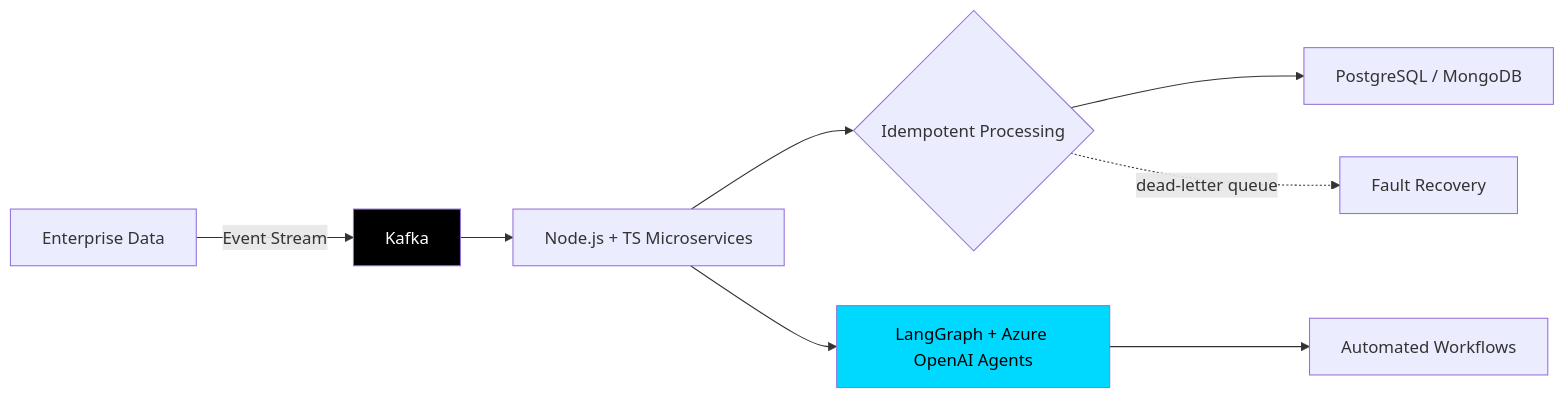
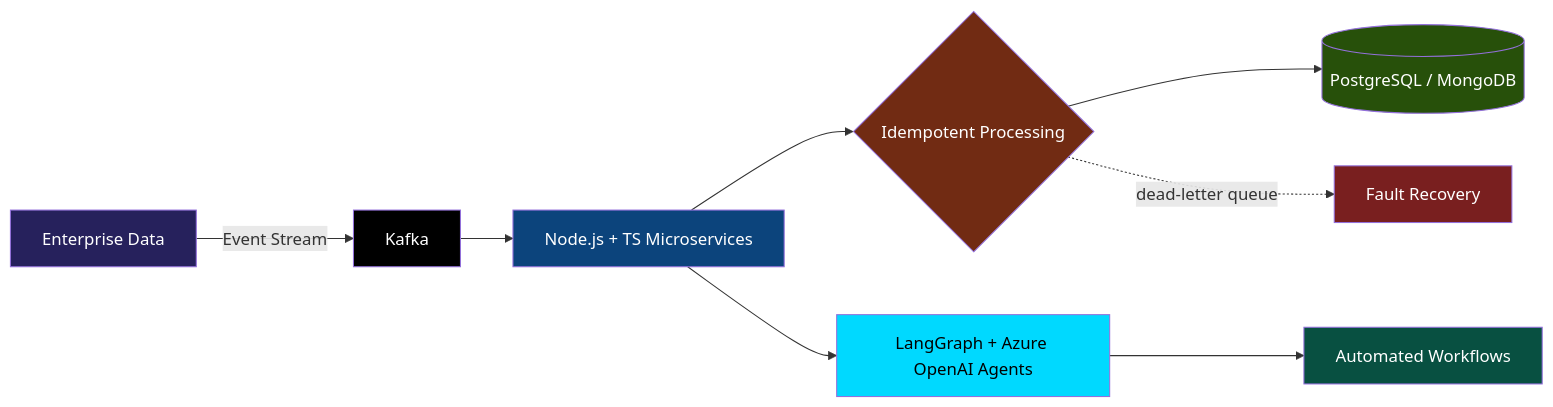
The diagram in README.md (manish0502/manish0502), drawn with Mermaid before and after one commit. The commit also changed other lines of this file, not shown here.

````diff
--- a/README.md
+++ b/README.md
@@ -81,12 +100,19 @@
 ```mermaid
 graph LR
     A[Enterprise Data] -->|Event Stream| B[Kafka]
     B --> C[Node.js + TS Microservices]
     C --> D{Idempotent Processing}
-    D --> E[PostgreSQL / MongoDB]
+    D --> E[(PostgreSQL / MongoDB)]
     C --> F[LangGraph + Azure OpenAI Agents]
     F --> G[Automated Workflows]
     D -.dead-letter queue.-> H[Fault Recovery]
+
+    style A fill:#26215C,color:#fff
+    style B fill:#000,color:#fff
+    style C fill:#0C447C,color:#fff
+    style D fill:#712B13,color:#fff
+    style E fill:#27500A,color:#fff
     style F fill:#00D9FF,color:#000
-    style B fill:#000,color:#fff
+    style G fill:#085041,color:#fff
+    style H fill:#791F1F,color:#fff
 ```
````
